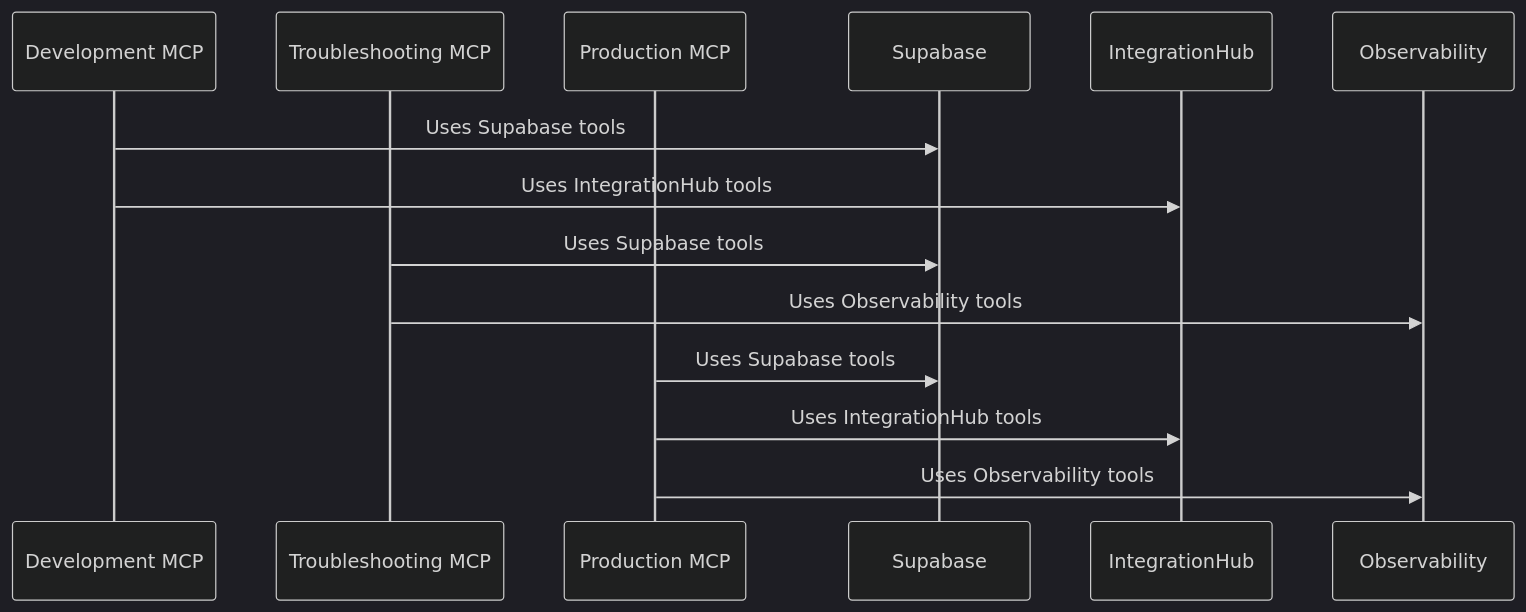
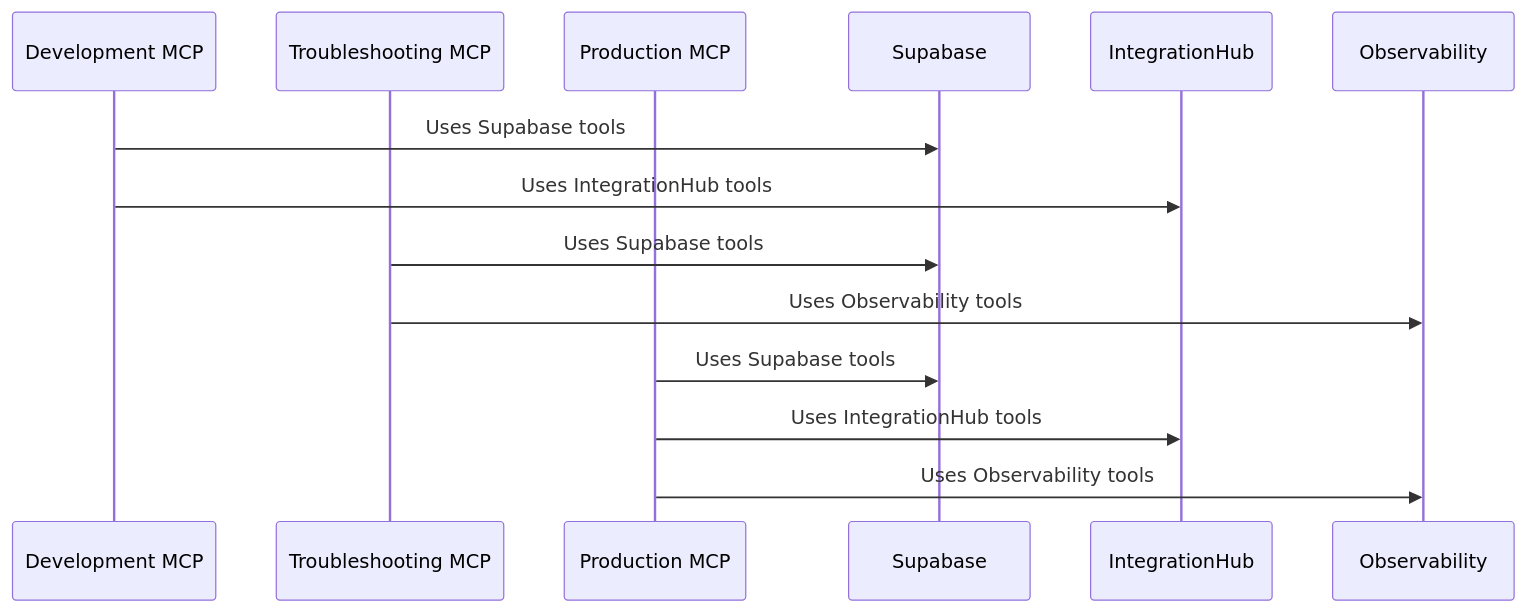
The diagram in docs/tooling/v2/agent-environment-map-state.mmd (Alextorelli/ProspectPro), drawn with Mermaid before and after one commit. The commit also changed 13 other files, not shown here.

Commit message:
chore: Update last generated timestamp in CODEBASE_INDEX.md; refactor theme configuration in multiple Mermaid files for consistency

```diff
--- a/docs/tooling/v2/agent-environment-map-state.mmd
+++ b/docs/tooling/v2/agent-environment-map-state.mmd
@@ -1,18 +1,18 @@
-%%{init: {'theme': 'dark'}}%%
+%%{init: {\'theme\': \'dark\'}}%%
 sequenceDiagram
     participant DEV_MCP as Development MCP
     participant TROUBLE_MCP as Troubleshooting MCP
     participant PROD_MCP as Production MCP
     participant Supabase
     participant IntegrationHub
     participant Observability
 
     DEV_MCP->>Supabase: Uses Supabase tools
     DEV_MCP->>IntegrationHub: Uses IntegrationHub tools
 
     TROUBLE_MCP->>Supabase: Uses Supabase tools
     TROUBLE_MCP->>Observability: Uses Observability tools
 
     PROD_MCP->>Supabase: Uses Supabase tools
     PROD_MCP->>IntegrationHub: Uses IntegrationHub tools
     PROD_MCP->>Observability: Uses Observability tools
```
